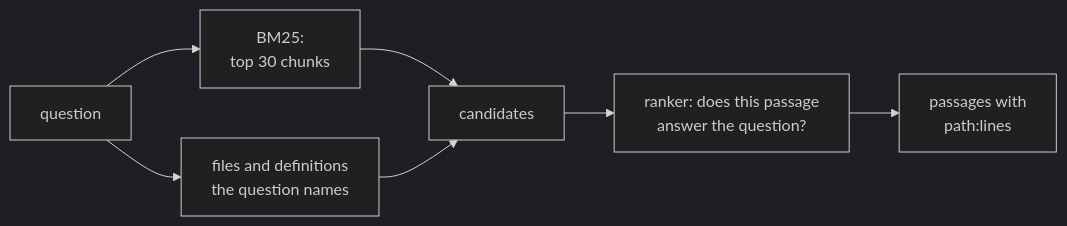
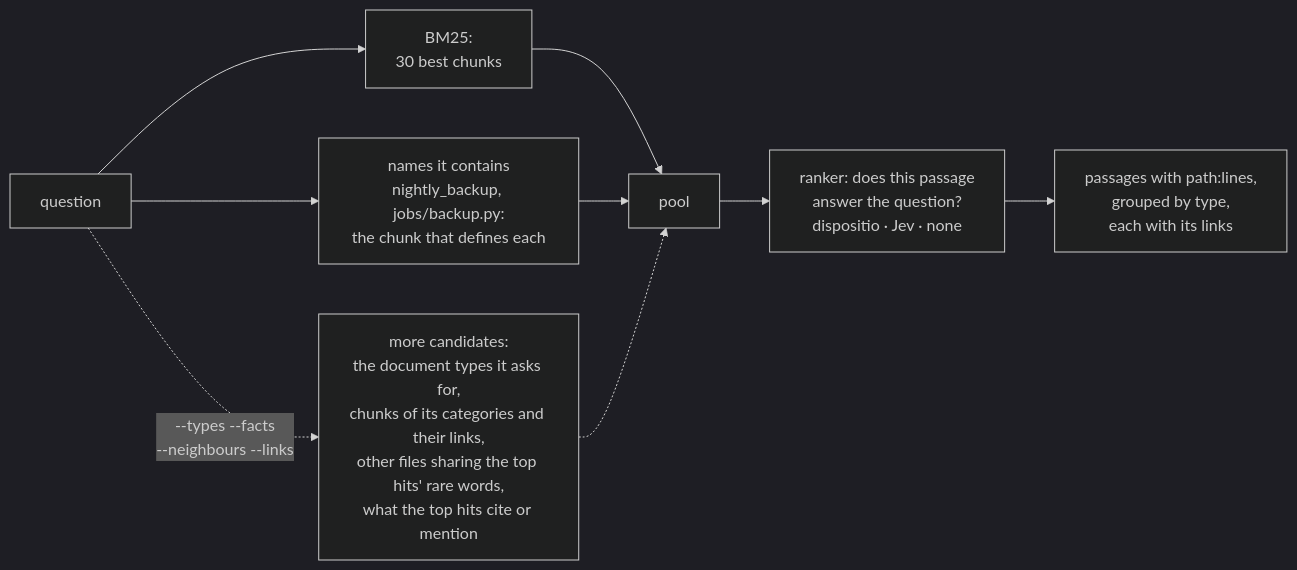
One commit to minhquan23102000/inventio changed the third of 3 diagrams in README.md. Above: the diagram before and after it, drawn with Mermaid (dark theme). The commit also changed other lines of this file and 1 other file, not shown here.

Commit message:
README: one running example (examples/webshop), real outputs, the map as a graph, sources grouped

````diff
--- a/README.md
+++ b/README.md
@@ -85,6 +132,7 @@
 ```mermaid
 flowchart LR
-    Q["question"] --> B["BM25:<br/>top 30 chunks"] --> P["candidates"]
-    Q --> N["files and definitions<br/>the question names"] --> P
-    P --> R["ranker: does this passage<br/>answer the question?"] --> A["passages with<br/>path:lines"]
+    Q["question"] --> B["BM25:<br/>30 best chunks"] --> P["pool"]
+    Q --> N["names it contains<br/>nightly_backup, jobs/backup.py:<br/>the chunk that defines each"] --> P
+    Q -. "--types --facts<br/>--neighbours --links" .-> W["more candidates:<br/>the document types it asks for,<br/>chunks of its categories and their links,<br/>other files sharing the top hits' rare words,<br/>what the top hits cite or mention"] -.-> P
+    P --> R["ranker: does this passage<br/>answer the question?<br/>dispositio · Jev · none"] --> O["passages with path:lines,<br/>grouped by type,<br/>each with its links"]
 ```
````
